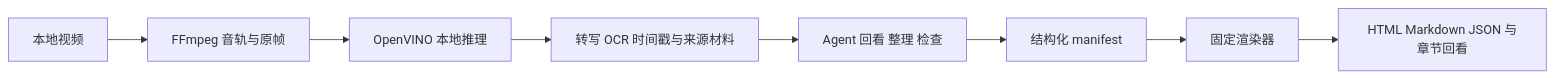
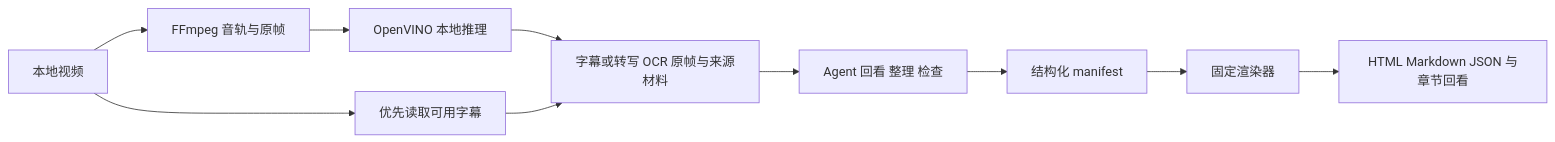
Before and after one commit to Andonis75/screen-to-guide: the diagram in README.md, drawn with Mermaid. The commit also changed other lines of this file and 17 other files, not shown here.

````diff
--- a/README.md
+++ b/README.md
@@ -36,10 +38,12 @@
 ```mermaid
 flowchart LR
     A[本地视频] --> B[FFmpeg 音轨与原帧]
+    A --> S[优先读取可用字幕]
     B --> C[OpenVINO 本地推理]
-    C --> D[转写 OCR 时间戳与来源材料]
+    C --> D[字幕或转写 OCR 原帧与来源材料]
+    S --> D
     D --> E[Agent 回看 整理 检查]
     E --> F[结构化 manifest]
     F --> G[固定渲染器]
     G --> H[HTML Markdown JSON 与章节回看]
 ```
````
